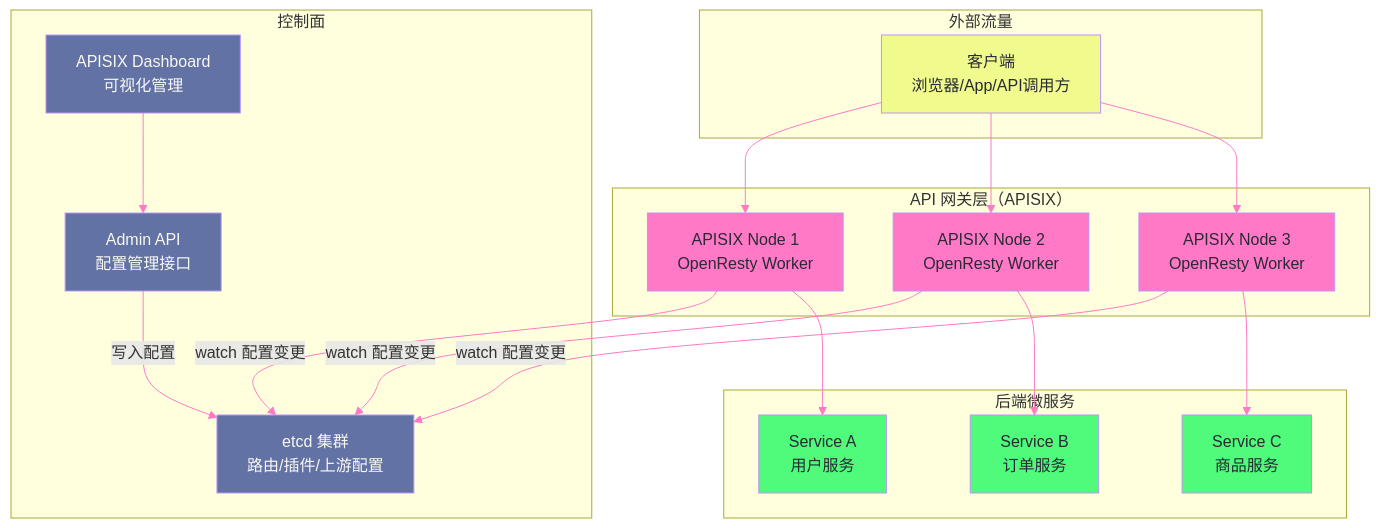
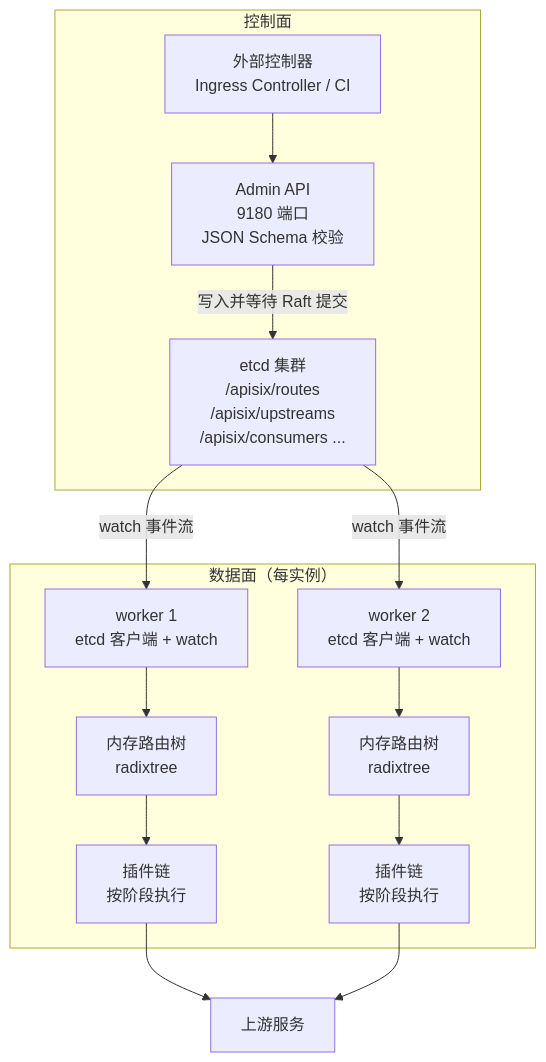
The first of 5 diagrams in content/中间件/Nginx/Nginx深度解析专栏/14 APISIX 架构：etcd 配置中心与插件体系.md (hpliStartAgain/my-brain), drawn with Mermaid before and after one commit. The commit also changed other lines of this file and 455 other files, not shown here.

````diff
--- a/content/中间件/Nginx/Nginx深度解析专栏/14 APISIX 架构：etcd 配置中心与插件体系.md
+++ b/content/中间件/Nginx/Nginx深度解析专栏/14 APISIX 架构：etcd 配置中心与插件体系.md
@@ -51,49 +55,25 @@
 ```mermaid
-%%{init: {"theme": "dracula", "themeVariables": {"primaryColor": "#6272a4", "primaryTextColor": "#f8f8f2", "lineColor": "#ff79c6"}}}%%
+%%{init: {'theme': 'dracula'}}%%
 graph TD
-    subgraph INTERNET["外部流量"]
-        CLIENT["客户端</br>浏览器/App/API调用方"]
+    subgraph CP["控制面"]
+        ADMIN["Admin API<br/>9180 端口<br/>JSON Schema 校验"]
+        ETCD["etcd 集群<br/>/apisix/routes<br/>/apisix/upstreams<br/>/apisix/consumers ..."]
+        CTRL["外部控制器<br/>Ingress Controller / CI"]
+        CTRL --> ADMIN
+        ADMIN -->|"写入并等待 Raft 提交"| ETCD
     end
 
-    subgraph GATEWAY["API 网关层（APISIX）"]
-        APISIX1["APISIX Node 1</br>OpenResty Worker"]
-        APISIX2["APISIX Node 2</br>OpenResty Worker"]
-        APISIX3["APISIX Node 3</br>OpenResty Worker"]
+    subgraph DP["数据面（每实例）"]
+        W1["worker 1<br/>etcd 客户端 + watch"]
+        W2["worker 2<br/>etcd 客户端 + watch"]
+        W1 --> RT1["内存路由树<br/>radixtree"]
+        W2 --> RT2["内存路由树<br/>radixtree"]
+        RT1 --> PL1["插件链<br/>按阶段执行"]
+        RT2 --> PL2["插件链<br/>按阶段执行"]
     end
 
-    subgraph CONTROL["控制面"]
-        ETCD["etcd 集群</br>路由/插件/上游配置"]
-        ADMIN["Admin API</br>配置管理接口"]
-        DASH["APISIX Dashboard</br>可视化管理"]
-    end
-
-    subgraph BACKEND["后端微服务"]
-        SVC_A["Service A</br>用户服务"]
-        SVC_B["Service B</br>订单服务"]
-        SVC_C["Service C</br>商品服务"]
-    end
-
-    CLIENT --> APISIX1
-    CLIENT --> APISIX2
-    CLIENT --> APISIX3
-
-    APISIX1 -->|"watch 配置变更"| ETCD
-    APISIX2 -->|"watch 配置变更"| ETCD
-    APISIX3 -->|"watch 配置变更"| ETCD
-
-    ADMIN -->|"写入配置"| ETCD
-    DASH --> ADMIN
-
-    APISIX1 --> SVC_A
-    APISIX2 --> SVC_B
-    APISIX3 --> SVC_C
-
-    classDef gateway fill:#ff79c6,stroke:#bd93f9,color:#282a36
-    classDef control fill:#6272a4,stroke:#bd93f9,color:#f8f8f2
-    classDef backend fill:#50fa7b,stroke:#bd93f9,color:#282a36
-    classDef internet fill:#f1fa8c,stroke:#bd93f9,color:#282a36
-    class APISIX1,APISIX2,APISIX3 gateway
-    class ETCD,ADMIN,DASH control
-    class SVC_A,SVC_B,SVC_C backend
-    class CLIENT internet
+    ETCD -->|"watch 事件流"| W1
+    ETCD -->|"watch 事件流"| W2
+    PL1 --> UP["上游服务"]
+    PL2 --> UP
 ```
````
